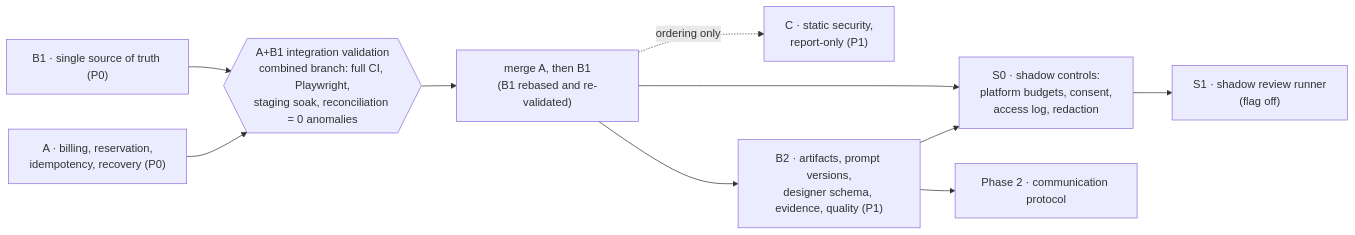
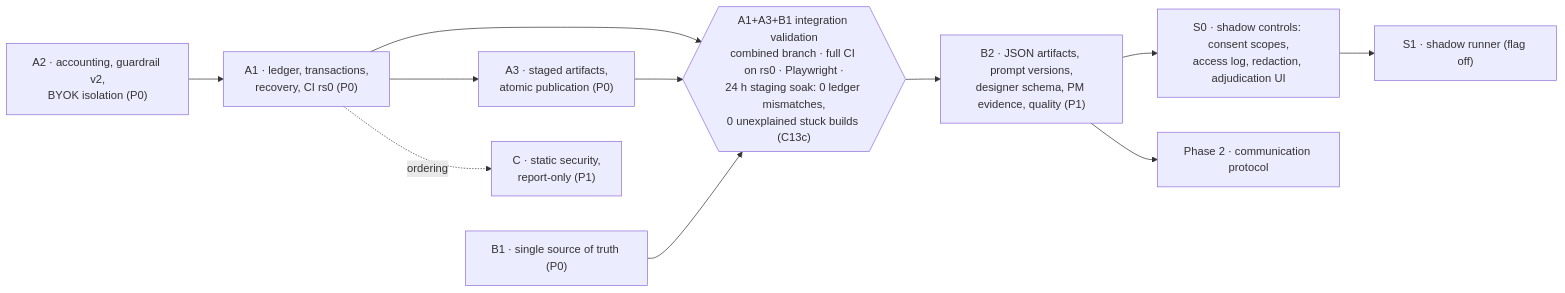
The sixth of 6 diagrams in docs/architecture/agent-collaboration-plan.md (F-K75/forge-ai), drawn with Mermaid before and after one commit. The commit also changed other lines of this file, not shown here.

````diff
--- a/docs/architecture/agent-collaboration-plan.md
+++ b/docs/architecture/agent-collaboration-plan.md
@@ -545,21 +874,23 @@
 ```mermaid
 graph LR
-  A["A · billing, reservation,<br/>idempotency, recovery (P0)"]
+  A2["A2 · accounting, guardrail v2,<br/>BYOK isolation (P0)"]
+  A1["A1 · ledger, transactions,<br/>recovery, CI rs0 (P0)"]
+  A3["A3 · staged artifacts,<br/>atomic publication (P0)"]
   B1["B1 · single source of truth (P0)"]
-  IV{{"A+B1 integration validation<br/>combined branch: full CI, Playwright,<br/>staging soak, reconciliation = 0 anomalies"}}
-  M["merge A, then B1<br/>(B1 rebased and re-validated)"]
+  IV{{"A1+A3+B1 integration validation<br/>combined branch · full CI on rs0 · Playwright ·<br/>24 h staging soak: 0 ledger mismatches,<br/>0 unexplained stuck builds (C13c)"}}
   C["C · static security,<br/>report-only (P1)"]
-  B2["B2 · artifacts, prompt versions,<br/>designer schema, evidence, quality (P1)"]
-  S0["S0 · shadow controls:<br/>platform budgets, consent,<br/>access log, redaction"]
-  S1["S1 · shadow review runner<br/>(flag off)"]
+  B2["B2 · JSON artifacts, prompt versions,<br/>designer schema, PM evidence, quality (P1)"]
+  S0["S0 · shadow controls: consent scopes,<br/>access log, redaction, adjudication UI"]
+  S1["S1 · shadow runner (flag off)"]
   P2["Phase 2 · communication protocol"]
-  A --> IV
+  A2 --> A1
+  A1 --> A3
+  A1 --> IV
+  A3 --> IV
   B1 --> IV
-  IV --> M
-  M --> B2
-  M -. ordering only .-> C
+  IV --> B2
+  A1 -. ordering .-> C
   B2 --> S0
-  M --> S0
   S0 --> S1
   B2 --> P2
 ```
````
